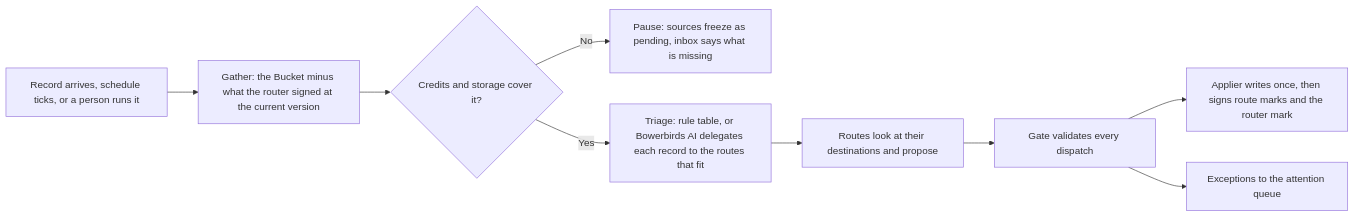
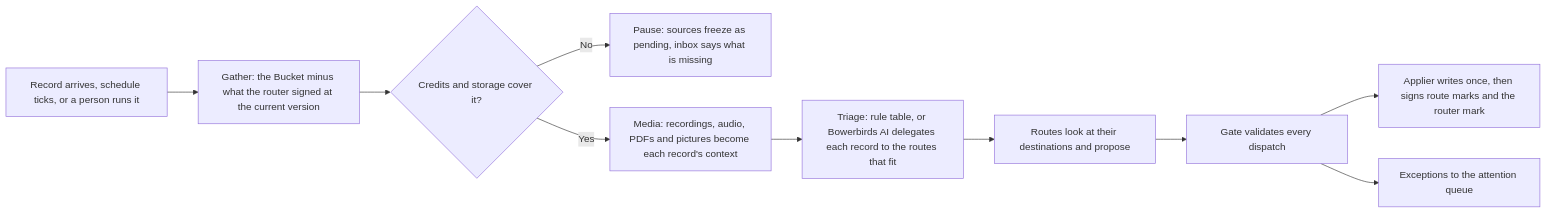
Before and after one commit to filetelierb/bowerbirds-public-docs: the diagram in cloud/routers.mdx, drawn with Mermaid. The commit also changed other lines of this file and 7 other files, not shown here.

First line of the commit message:
Docs: Media context — the processor, chunks and limits, the context document, the router media option, credits, the two doors, the CLI verb, the MCP tools, the rule chips

````diff
--- a/cloud/routers.mdx
+++ b/cloud/routers.mdx
@@ -103,11 +104,12 @@
 ```mermaid
 flowchart LR
   A[Record arrives, schedule ticks, or a person runs it] --> G[Gather: the Bucket minus what the router signed at the current version]
   G --> C{Credits and storage cover it?}
   C -->|No| P[Pause: sources freeze as pending, inbox says what is missing]
-  C -->|Yes| T[Triage: rule table, or Bowerbirds AI delegates each record to the routes that fit]
+  C -->|Yes| M[Media: recordings, audio, PDFs and pictures become each record's context]
+  M --> T[Triage: rule table, or Bowerbirds AI delegates each record to the routes that fit]
   T --> R[Routes look at their destinations and propose]
   R --> K[Gate validates every dispatch]
   K --> W[Applier writes once, then signs route marks and the router mark]
   K --> Q[Exceptions to the attention queue]
 ```
````
